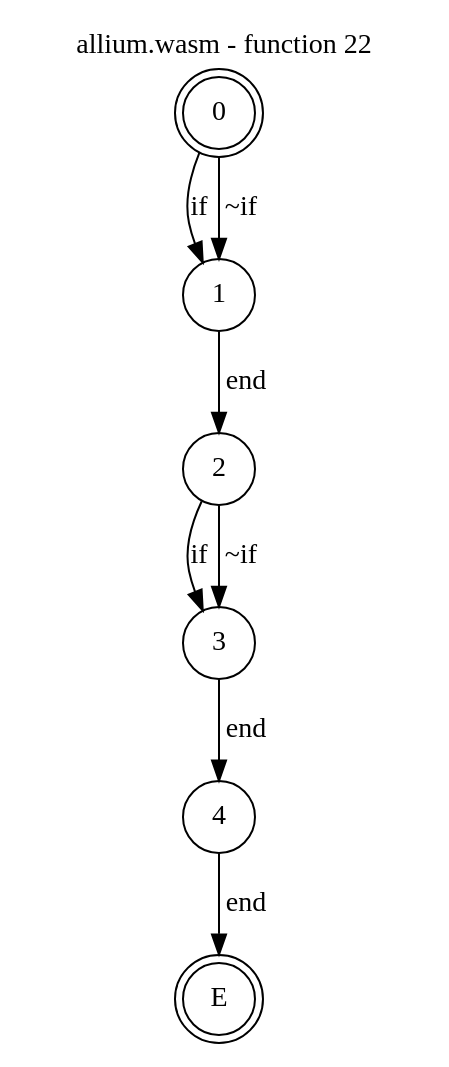
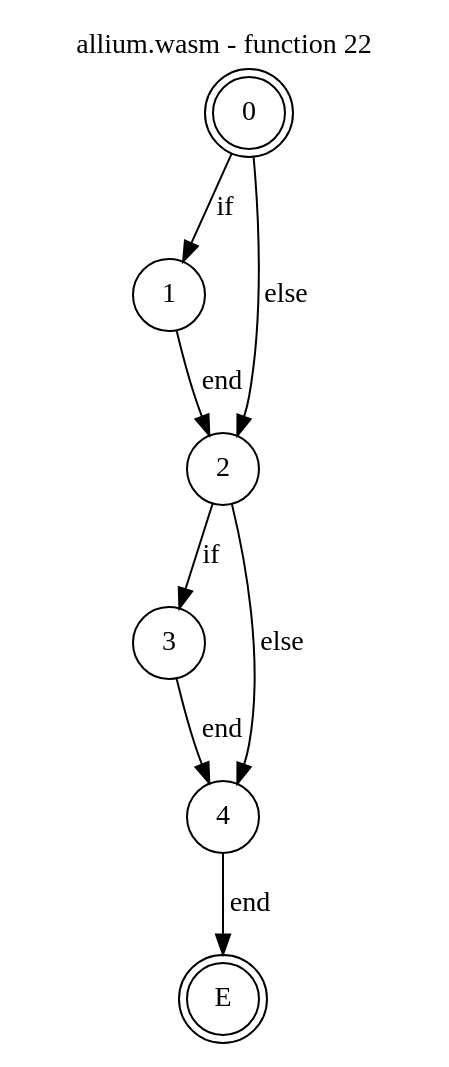
The diagram in test_cases/allium/funcs/allium-func22.dot (jsCarleton/wanalyze), drawn with Graphviz before and after one commit. The commit also changed 198 other files, not shown here.

```diff
--- a/test_cases/allium/funcs/allium-func22.dot
+++ b/test_cases/allium/funcs/allium-func22.dot
@@ -1,16 +1,16 @@
 digraph finite_state_machine {
     label = "allium.wasm - function 22"
     labelloc =  t
     labelfontsize = 16
     labelfontcolor = black
     labelfontname = "Helvetica"
     node [shape = doublecircle]; 0 E ;
     node [shape = circle];
     0 -> 1[label="if"];
-    0 -> 1[label="~if"];
+    0 -> 2[label="else"];
     1 -> 2[label="end"];
     2 -> 3[label="if"];
-    2 -> 3[label="~if"];
+    2 -> 4[label="else"];
     3 -> 4[label="end"];
     4 -> E[label="end"];
 }
```
